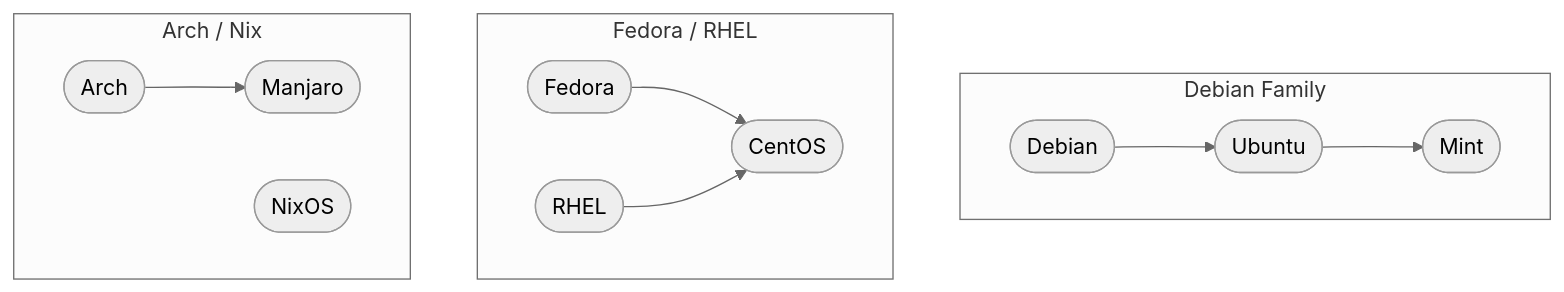
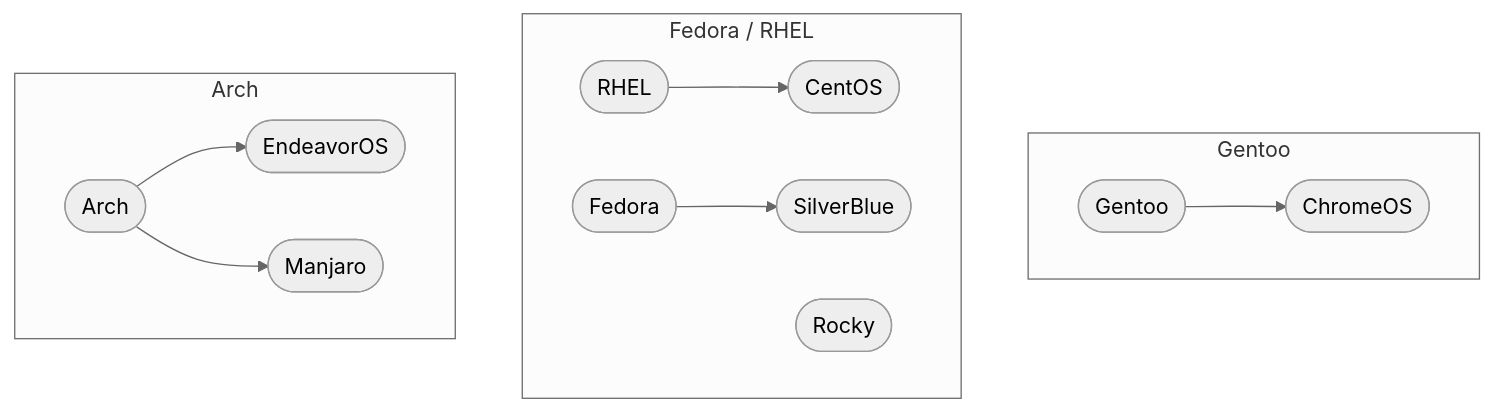
Before and after one commit to CWRUnix/presentations: the first of 2 diagrams in src/1-DistroComparison.qmd, drawn with Mermaid (neutral theme). The commit also changed other lines of this file and 6 other files, not shown here.

````diff
--- a/src/1-DistroComparison.qmd
+++ b/src/1-DistroComparison.qmd
@@ -101,27 +8,24 @@
 ```{mermaid}
 graph TD
-  %% Debian family
-  subgraph Debian Family
-    Debian([Debian])
-    Ubuntu([Ubuntu])
-    Mint([Mint])
-    Debian --> Ubuntu --> Mint
+  subgraph Gentoo
+    Gent([Gentoo])
+    ChromeOS([ChromeOS])
+    Gent --> ChromeOS
   end
-
-  %% Fedora / RHEL family
   subgraph Fedora / RHEL
     Fedora([Fedora])
     RHEL([RHEL])
+    Rocky([Rocky])
+    SilverBlue([SilverBlue])
     CentOS([CentOS])
-    Fedora --> CentOS
     RHEL --> CentOS
+    Fedora --> SilverBlue
   end
-
-  %% Arch / Nix family
-  subgraph Arch / Nix
-    Arch([Arch])
+  subgraph Arch
+    Arc([Arch])
     Manjaro([Manjaro])
-    NixOS([NixOS])
-    Arch --> Manjaro
+    EndeavorOS([EndeavorOS])
+    Arc --> EndeavorOS
+    Arc --> Manjaro
   end
 ```
````
